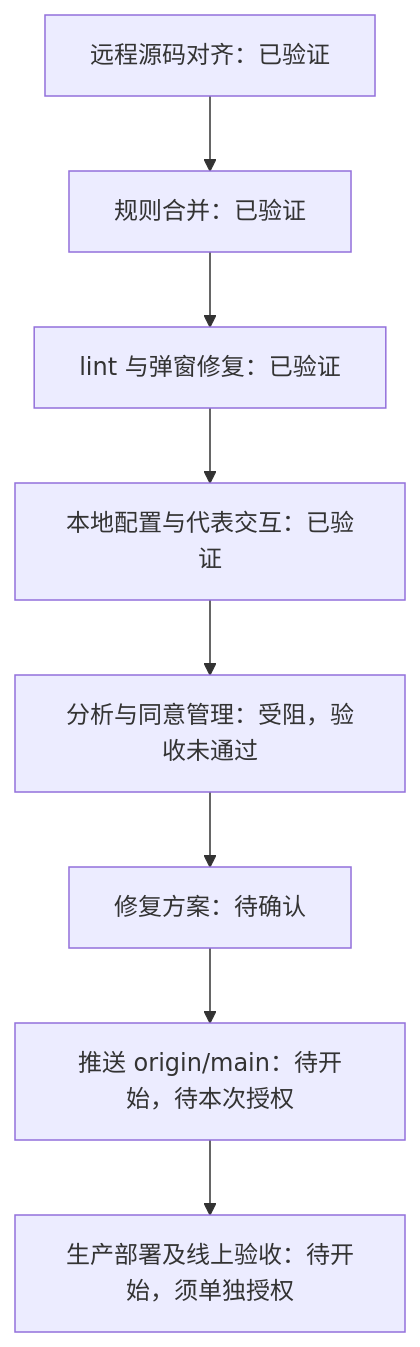
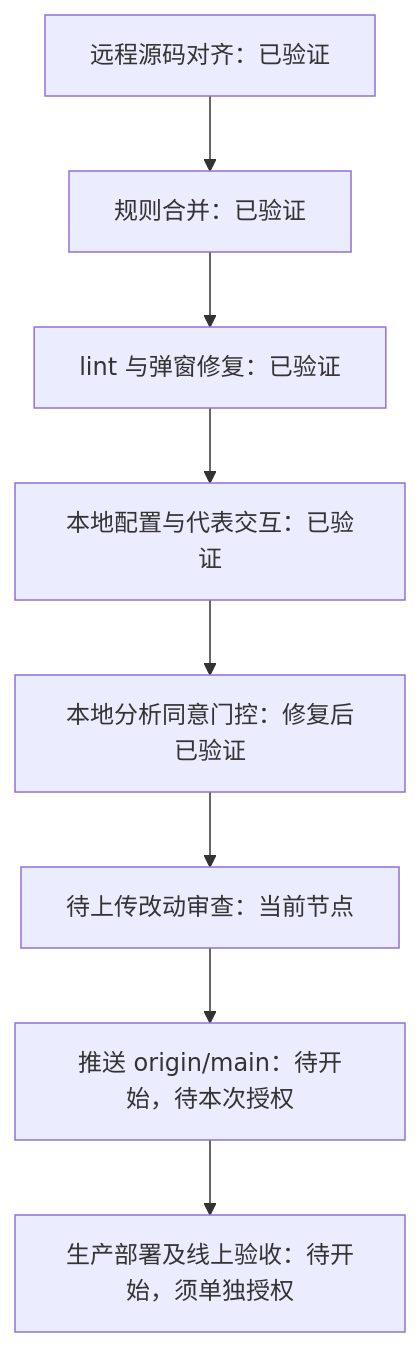
The diagram in docs/project-progress.md (forfunly/seineshop), drawn with Mermaid before and after one commit. The commit also changed other lines of this file and 16 other files, not shown here.

````diff
--- a/docs/project-progress.md
+++ b/docs/project-progress.md
@@ -11,10 +11,10 @@
 ```mermaid
 flowchart TD
     A[远程源码对齐：已验证] --> B[规则合并：已验证]
     B --> C[lint 与弹窗修复：已验证]
     C --> D[本地配置与代表交互：已验证]
-    D --> G[分析与同意管理：受阻，验收未通过]
-    G --> R[修复方案：待确认]
+    D --> G[本地分析同意门控：修复后已验证]
+    G --> R[待上传改动审查：当前节点]
     R --> E[推送 origin/main：待开始，待本次授权]
     E --> F[生产部署及线上验收：待开始，须单独授权]
 ```
````
